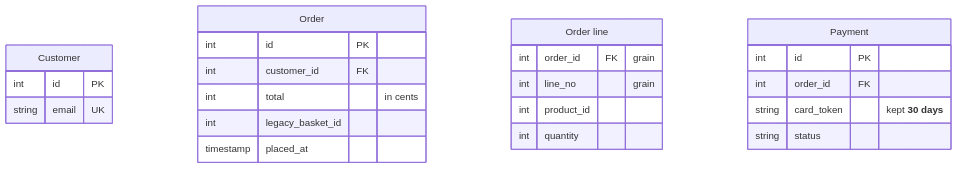
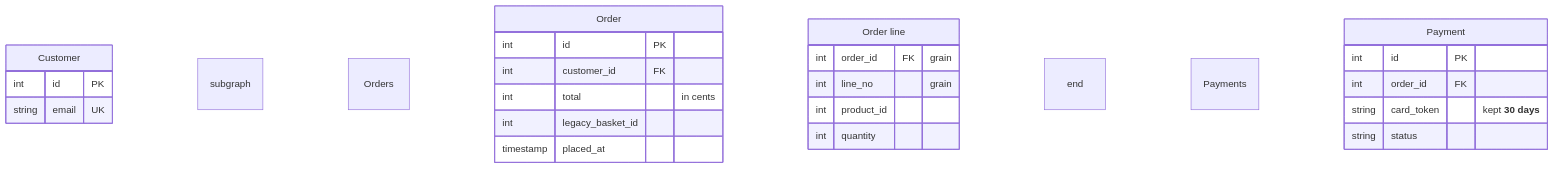
Before and after one commit to nvsravank/avagahana: the third of 3 diagrams in examples/maps/checkout-release-before.md, drawn with Mermaid. The commit also changed 39 other files, not shown here.

Commit message:
WO-44: ER table classes, Role removed, ER subgraph groups, foreign-key rows per view, crowded labels step off, examples, skill

````diff
--- a/examples/maps/checkout-release-before.md
+++ b/examples/maps/checkout-release-before.md
@@ -101,27 +101,32 @@
 ```mermaid
 erDiagram
   CUSTOMER["Customer"] {
     int id PK
     string email UK
   }
-  ORDER["Order"] {
-    int id PK
-    int customer_id FK
-    int total "in cents"
-    int legacy_basket_id
-    timestamp placed_at
-  }
-  ORDER_LINE["Order line"] {
-    int order_id FK "grain"
-    int line_no "grain"
-    int product_id
-    int quantity
-  }
-  PAYMENT["Payment"] {
-    int id PK
-    int order_id FK
-    string card_token "kept **30 days**"
-    string status
-  }
-  ORDER_LINE:::fact
+  subgraph orders [Orders]
+    ORDER["Order"] {
+      int id PK
+      int customer_id FK
+      int total "in cents"
+      int legacy_basket_id
+      timestamp placed_at
+    }
+    ORDER_LINE["Order line"] {
+      int order_id FK "grain"
+      int line_no "grain"
+      int product_id
+      int quantity
+    }
+  end
+  subgraph payments [Payments]
+    PAYMENT["Payment"] {
+      int id PK
+      int order_id FK
+      string card_token "kept **30 days**"
+      string status
+    }
+  end
+  CUSTOMER:::master
+  class ORDER,ORDER_LINE,PAYMENT transaction
 ```
````
